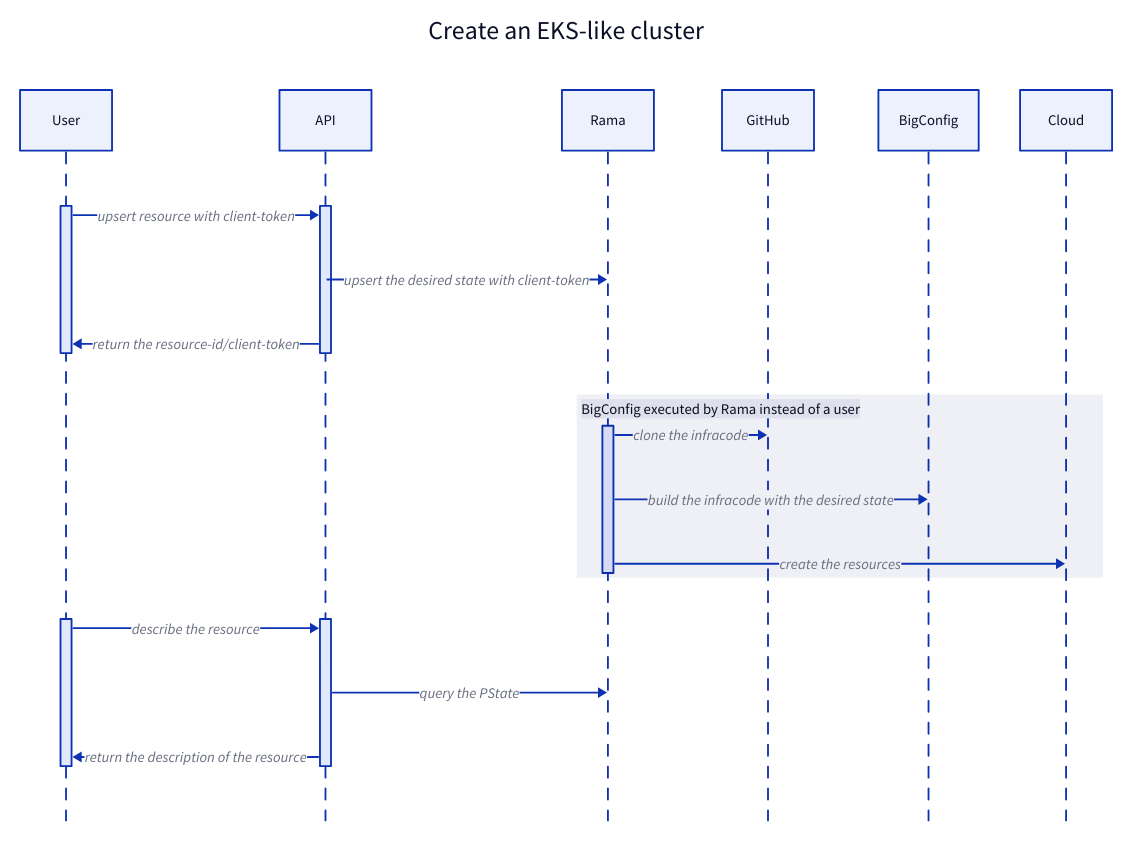
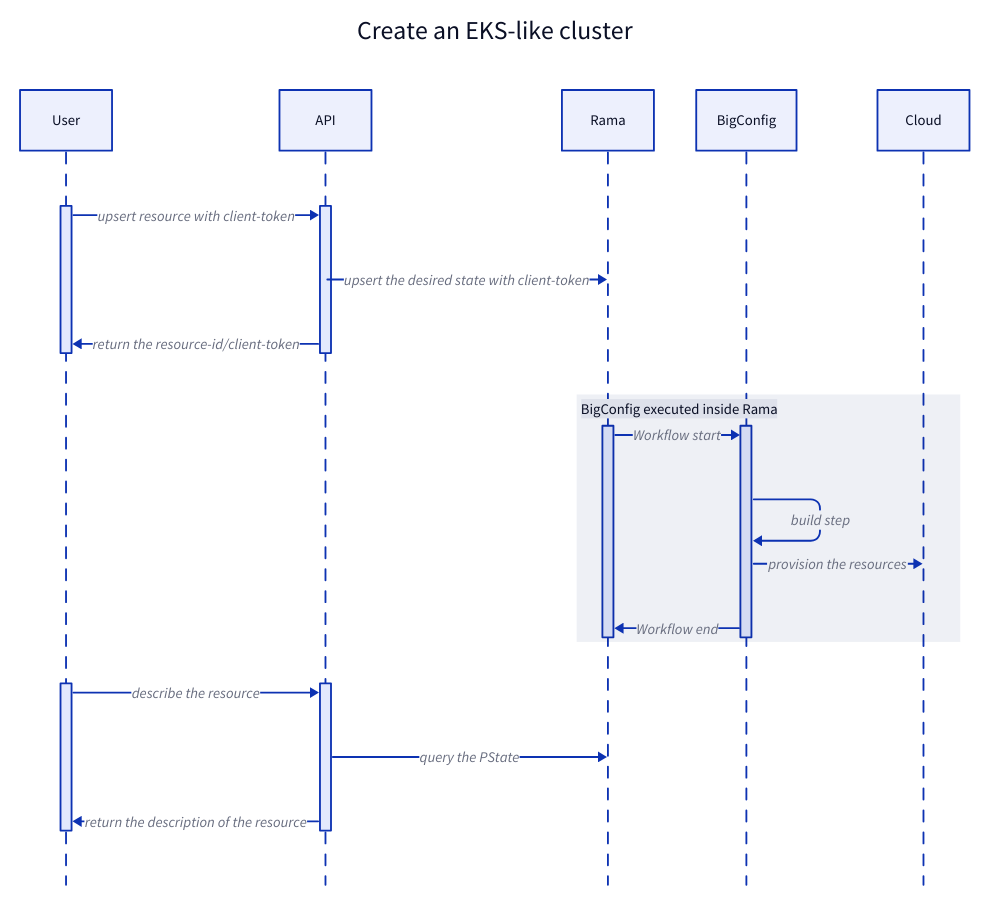
One commit to bigconfig-ai/once-bigconfig changed the diagram in src/content/docs/blog/reimplementing-aws-eks-with-big-config.mdx. Above: the diagram before and after it, drawn with D2. The commit also changed other lines of this file and 1 other file, not shown here.

Commit message:
fix: remove git pull

````diff
--- a/src/content/docs/blog/reimplementing-aws-eks-with-big-config.mdx
+++ b/src/content/docs/blog/reimplementing-aws-eks-with-big-config.mdx
@@ -40,20 +40,20 @@
 ```d2
 Create an EKS-like cluster: {
 shape: sequence_diagram
 User.t1 -> API.t1: upsert resource with client-token
 API -> Rama: upsert the desired state with client-token
 API.t1 -> User.t1: return the resource-id/client-token
 Rama
-GitHub
 BigConfig
 Cloud
-BigConfig executed by Rama instead of a user: {
-  Rama.t1 -> GitHub: clone the infracode
-  Rama.t1 -> BigConfig: build the infracode with the desired state
-  Rama.t1 -> Cloud: create the resources
+BigConfig executed inside Rama: {
+  Rama.t1 -> BigConfig.t1: Workflow start
+  BigConfig.t1 -> BigConfig.t1: build step
+  BigConfig.t1 -> Cloud: provision the resources
+  BigConfig.t1 -> Rama.t1: Workflow end
 }
 User.t2 -> API.t2: describe the resource
 API.t2 -> Rama: query the PState
 API.t2 -> User.t2: return the description of the resource
 }
 ```
````
